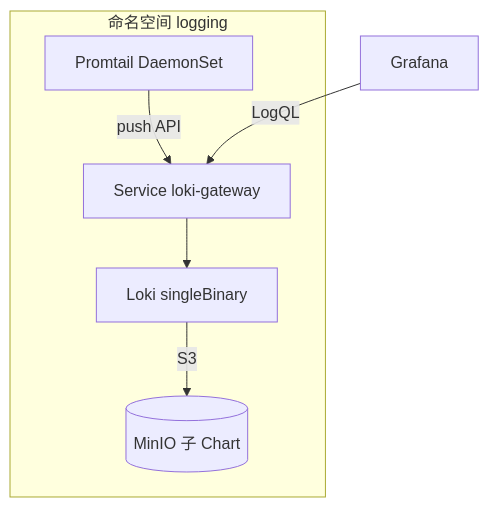
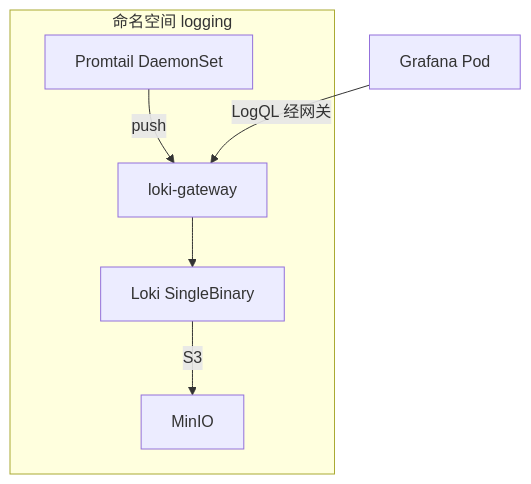
Diagram 38 of 46 in docs/efk/EFK.md (brinnatt/kubeauto), drawn with Mermaid before and after one commit. The commit also changed other lines of this file, not shown here.

````diff
--- a/docs/efk/EFK.md
+++ b/docs/efk/EFK.md
@@ -2259,13 +2296,14 @@
 ```mermaid
 flowchart TB
-  subgraph logging["命名空间 logging"]
-    PT[Promtail DaemonSet]
-    GW["Service loki-gateway"]
-    SB[Loki singleBinary]
-    MI[(MinIO 子 Chart)]
-    PT -->|push API| GW
-    GW --> SB
-    SB -->|S3| MI
+  subgraph logns["命名空间 logging"]
+    PT4["Promtail DaemonSet"]
+    GW4["loki-gateway"]
+    SB4["Loki SingleBinary"]
+    MI4["MinIO"]
+    PT4 -->|"push"| GW4
+    GW4 --> SB4
+    SB4 -->|"S3"| MI4
   end
-  GR[Grafana] -->|LogQL| GW
+  GR4["Grafana Pod"]
+  GR4 -->|"LogQL 经网关"| GW4
 ```
````
